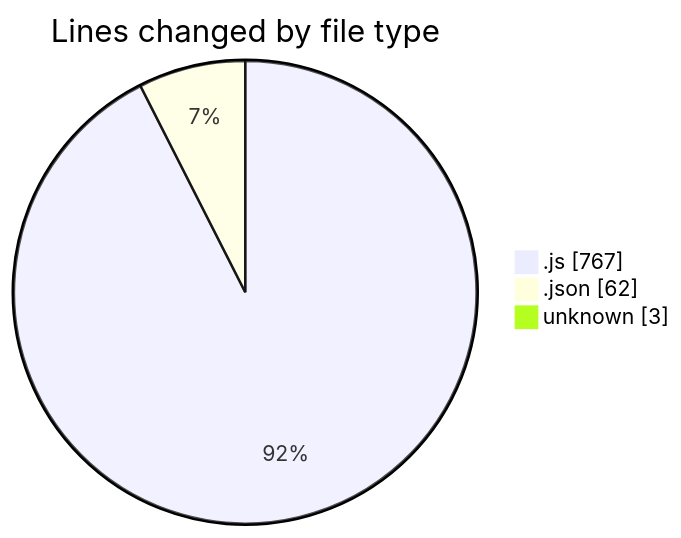
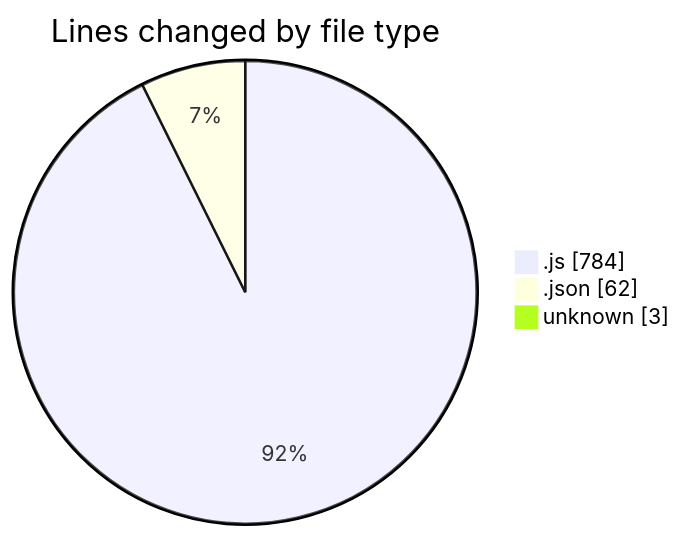
One commit to Ritupan-Deka/code-tracking changed the first of 2 diagrams in 2025-07-02/mern-thinkboard/README.md. Above: the diagram before and after it, drawn with Mermaid. The commit also changed other lines of this file and 1 other file, not shown here.

````diff
--- a/2025-07-02/mern-thinkboard/README.md
+++ b/2025-07-02/mern-thinkboard/README.md
@@ -31,7 +31,7 @@
 ```mermaid
 pie showData
 title Lines changed by file type
-".js" : 767
+".js" : 784
 ".json" : 62
 "unknown" : 3
 ```
````
